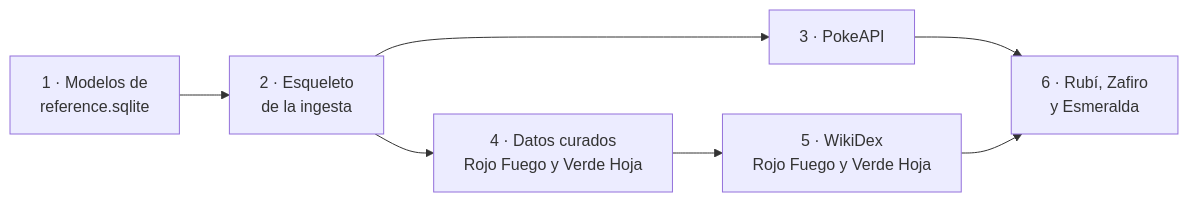
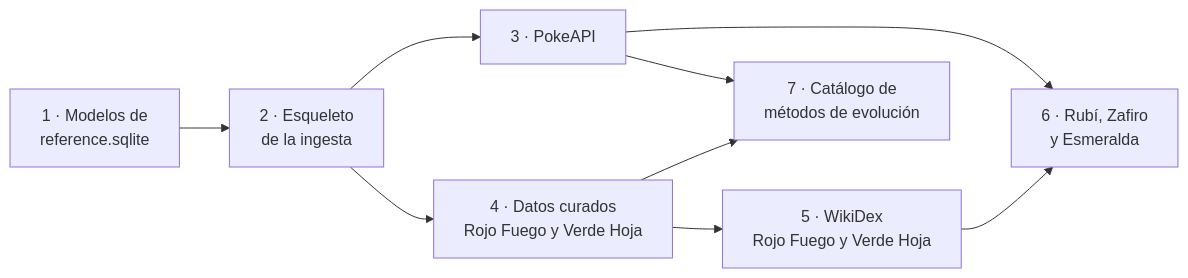
Before and after one commit to AlbertoMercado/pokemon-team-builder: the diagram in docs/02-ddt/plan-carga-datos.md, drawn with Mermaid. The commit also changed other lines of this file and 10 other files, not shown here.

First line of the commit message:
docs(ddf): resolver CA-42 a CA-46 sobre los métodos de evolución y los combates clave

````diff
--- a/docs/02-ddt/plan-carga-datos.md
+++ b/docs/02-ddt/plan-carga-datos.md
@@ -174,8 +174,9 @@
 ```mermaid
 flowchart LR
     F1["1 · Modelos de<br/>reference.sqlite"] --> F2["2 · Esqueleto<br/>de la ingesta"]
     F2 --> F3["3 · PokeAPI"]
     F2 --> F4["4 · Datos curados<br/>Rojo Fuego y Verde Hoja"]
     F4 --> F5["5 · WikiDex<br/>Rojo Fuego y Verde Hoja"]
     F3 & F5 --> F6["6 · Rubí, Zafiro<br/>y Esmeralda"]
+    F3 & F4 --> F7["7 · Catálogo de<br/>métodos de evolución"]
 ```
````
